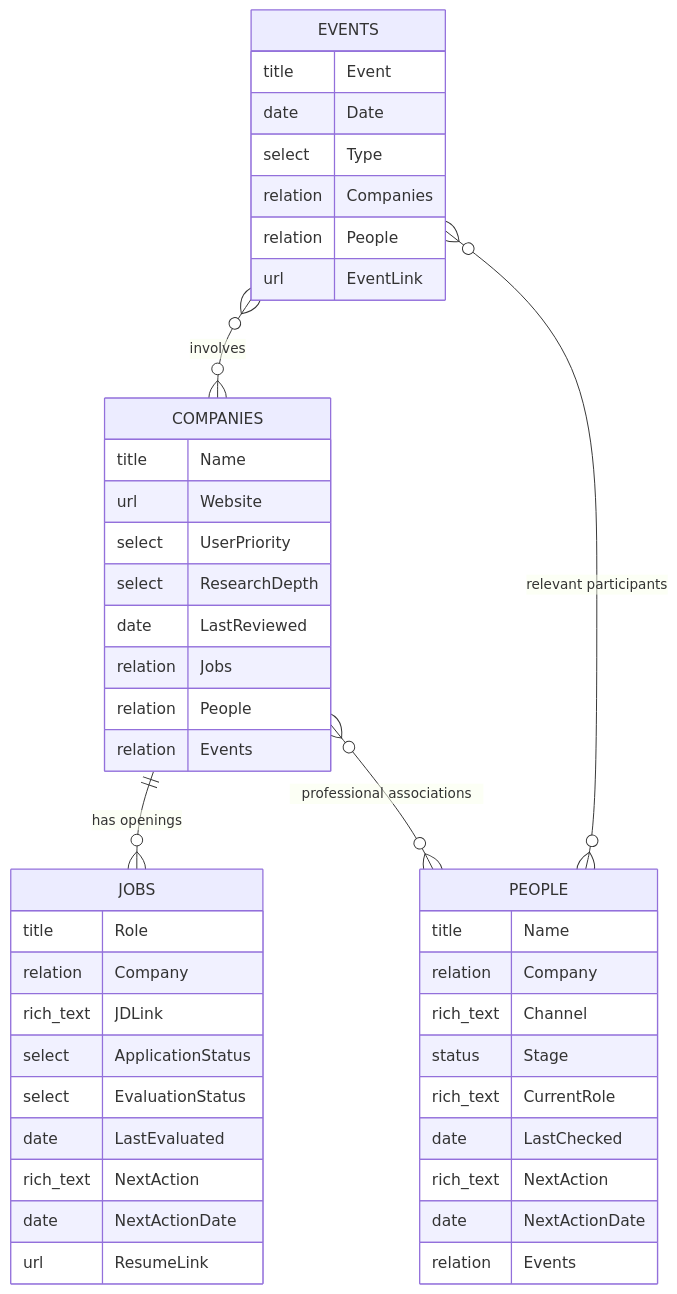
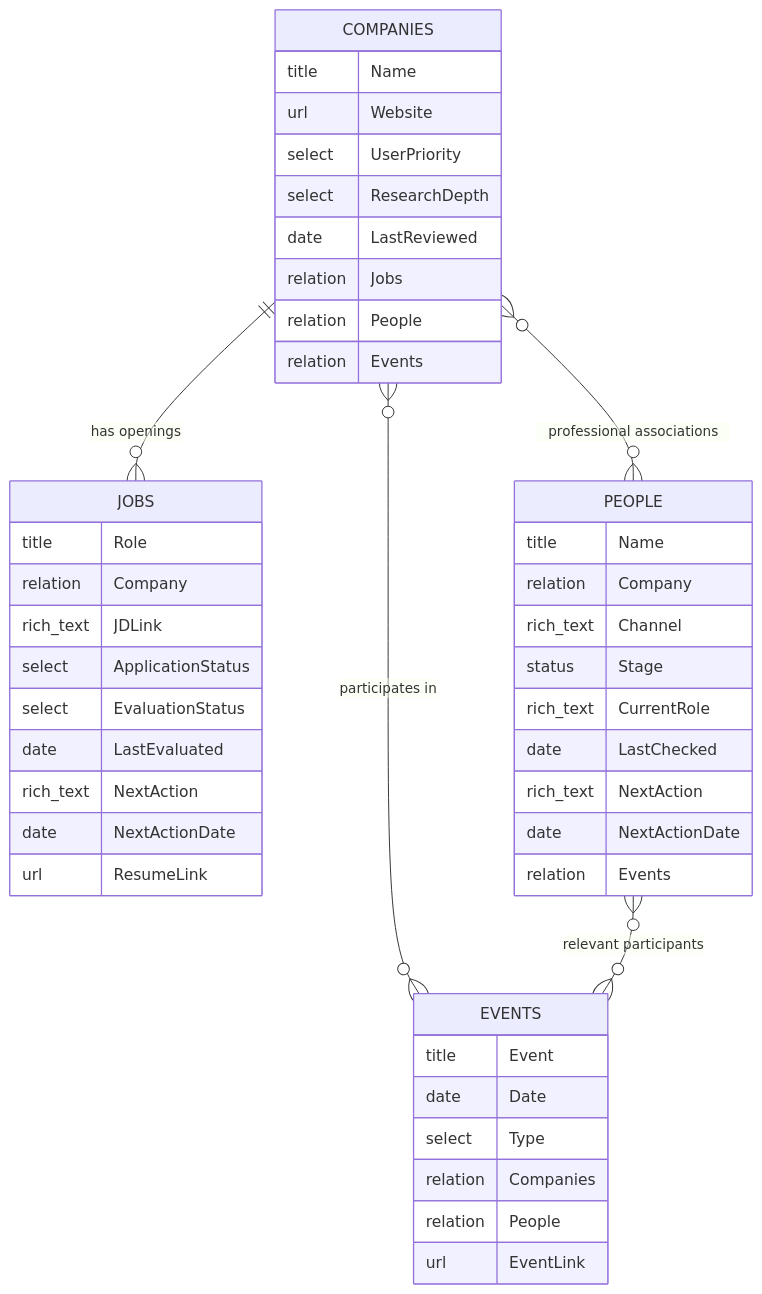
The diagram in docs/database-schema.md (hieu-nguyen-nth/personal-recruiting-system), drawn with Mermaid before and after one commit. The commit also changed other lines of this file and 6 other files, not shown here.

````diff
--- a/docs/database-schema.md
+++ b/docs/database-schema.md
@@ -7,48 +7,48 @@
 ```mermaid
 erDiagram
     COMPANIES ||--o{ JOBS : "has openings"
     COMPANIES }o--o{ PEOPLE : "professional associations"
-    EVENTS }o--o{ COMPANIES : "involves"
-    EVENTS }o--o{ PEOPLE : "relevant participants"
+    COMPANIES }o--o{ EVENTS : "participates in"
+    PEOPLE }o--o{ EVENTS : "relevant participants"
 
     COMPANIES {
         title Name
         url Website
         select UserPriority
         select ResearchDepth
         date LastReviewed
         relation Jobs
         relation People
         relation Events
     }
     JOBS {
         title Role
         relation Company
         rich_text JDLink
         select ApplicationStatus
         select EvaluationStatus
         date LastEvaluated
         rich_text NextAction
         date NextActionDate
         url ResumeLink
     }
     PEOPLE {
         title Name
         relation Company
         rich_text Channel
         status Stage
         rich_text CurrentRole
         date LastChecked
         rich_text NextAction
         date NextActionDate
         relation Events
     }
     EVENTS {
         title Event
         date Date
         select Type
         relation Companies
         relation People
         url EventLink
     }
 ```
````
